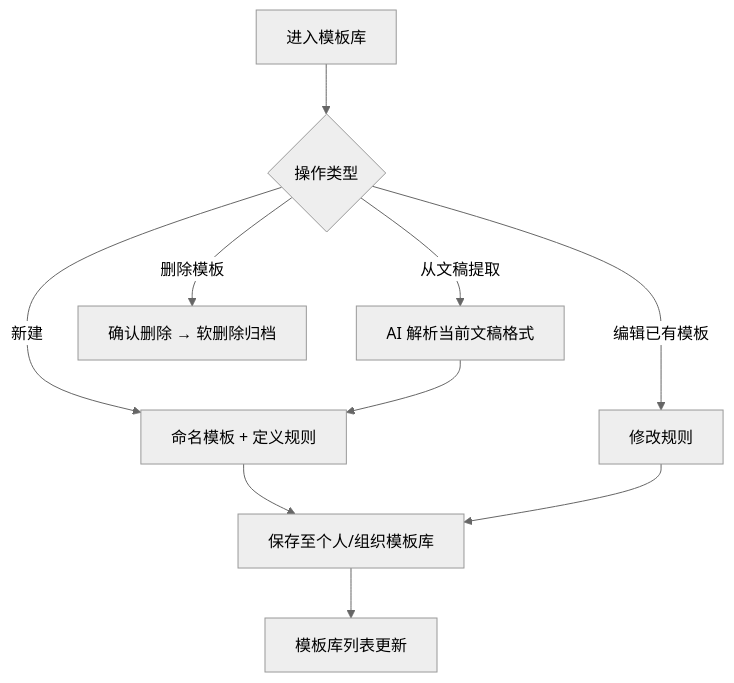
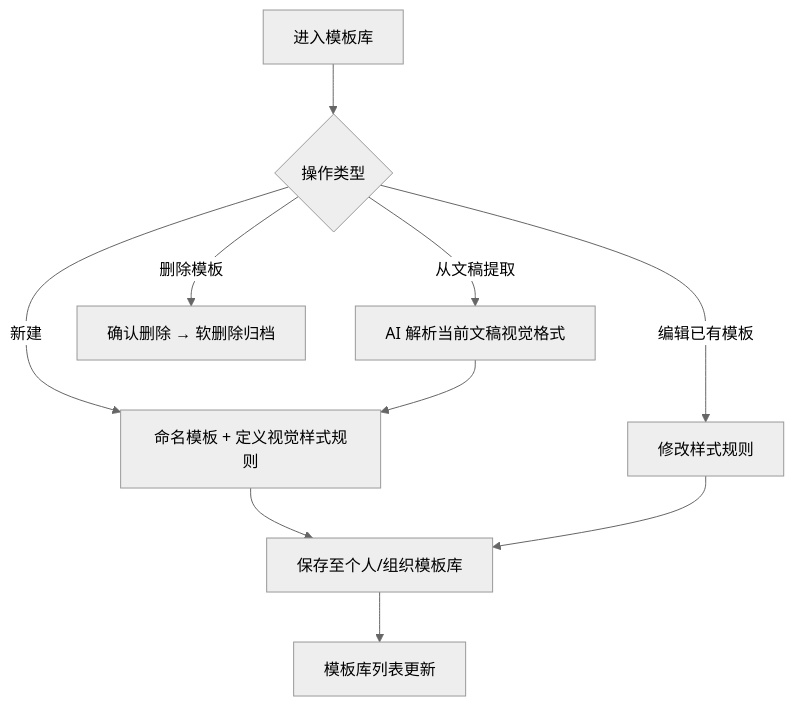
Before and after one commit to wfpepsi/black_tea: the fifth of 5 diagrams in PRD.md, drawn with Mermaid (neutral theme). The commit also changed other lines of this file, not shown here.

````diff
--- a/PRD.md
+++ b/PRD.md
@@ -170,11 +185,11 @@
 ```mermaid
 flowchart TD
     A[进入模板库] --> B{操作类型}
-    B -- 新建 --> C[命名模板 + 定义规则]
+    B -- 新建 --> C[命名模板 + 定义视觉样式规则]
     C --> D[保存至个人/组织模板库]
-    B -- 从文稿提取 --> E[AI 解析当前文稿格式]
+    B -- 从文稿提取 --> E[AI 解析当前文稿视觉格式]
     E --> C
-    B -- 编辑已有模板 --> F[修改规则] --> D
+    B -- 编辑已有模板 --> F[修改样式规则] --> D
     B -- 删除模板 --> G[确认删除 → 软删除归档]
     D --> H[模板库列表更新]
 ```
````
